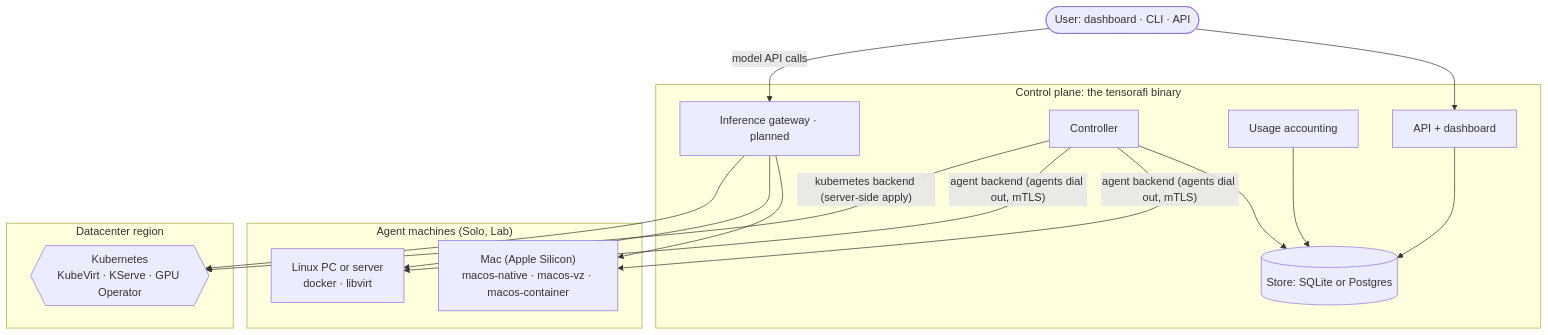
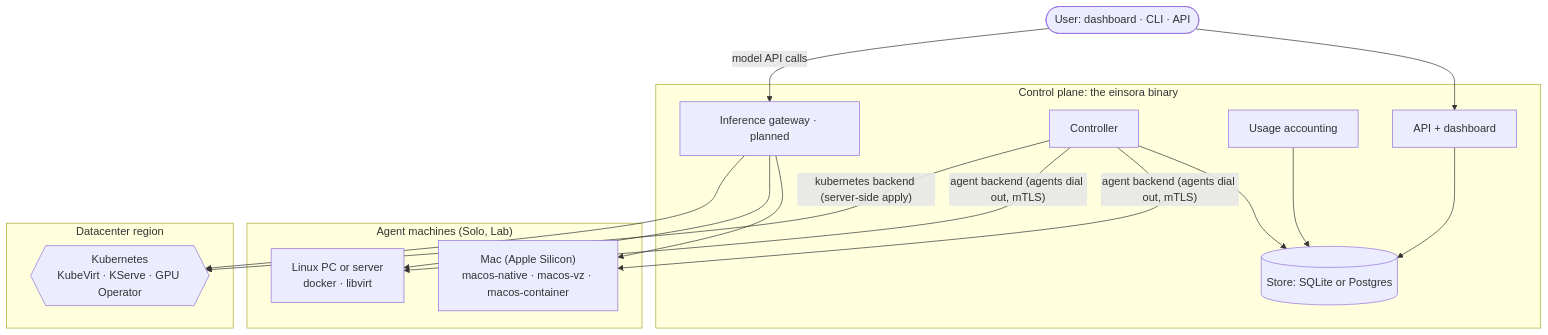
One commit to krishnanand20/Einsora changed the second of 5 diagrams in docs/architecture/overview.md. Above: the diagram before and after it, drawn with Mermaid. The commit also changed other lines of this file and 215 other files, not shown here.

````diff
--- a/docs/architecture/overview.md
+++ b/docs/architecture/overview.md
@@ -72,26 +72,26 @@
 ```mermaid
 flowchart TB
   user([User: dashboard · CLI · API])
-  subgraph CP["Control plane: the tensorafi binary"]
+  subgraph CP["Control plane: the einsora binary"]
     api[API + dashboard]
     ctrl[Controller]
     acct[Usage accounting]
     store[(Store: SQLite or Postgres)]
     gw[Inference gateway · planned]
   end
   subgraph Agents["Agent machines (Solo, Lab)"]
     mac["Mac (Apple Silicon)<br/>macos-native · macos-vz · macos-container"]
     lin["Linux PC or server<br/>docker · libvirt"]
   end
   subgraph DC["Datacenter region"]
     k8s{{"Kubernetes<br/>KubeVirt · KServe · GPU Operator"}}
   end
   user --> api
   user -- model API calls --> gw
   api --> store
   ctrl --> store
   acct --> store
   ctrl -- "agent backend (agents dial out, mTLS)" --> mac & lin
   ctrl -- "kubernetes backend (server-side apply)" --> k8s
   gw --> mac & lin & k8s
 ```
````
